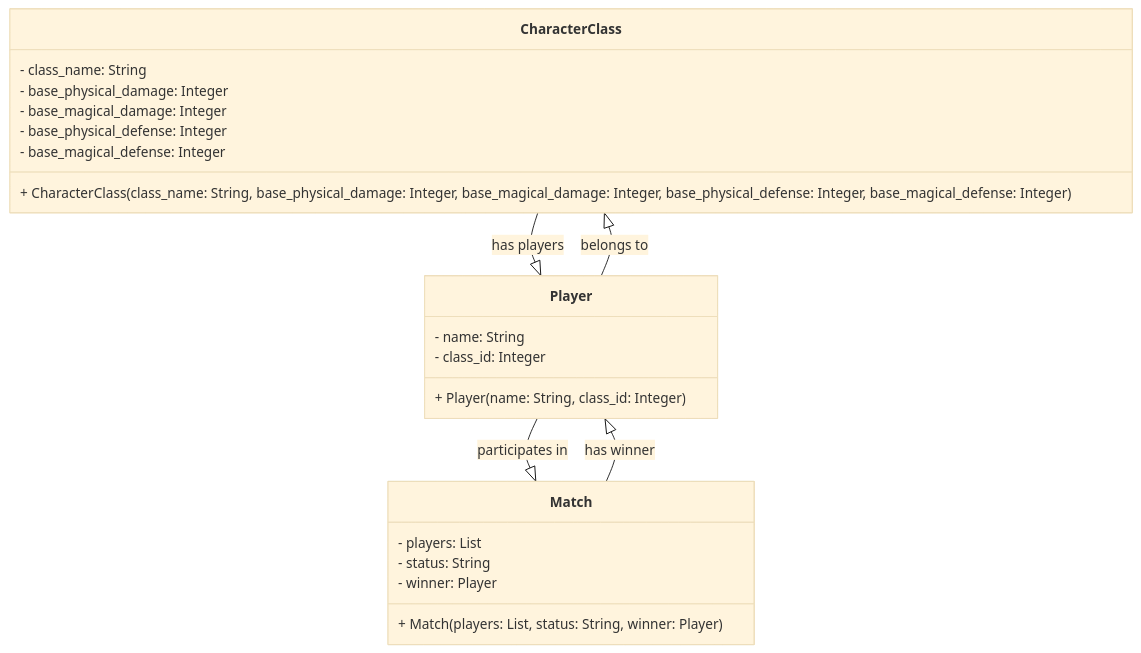
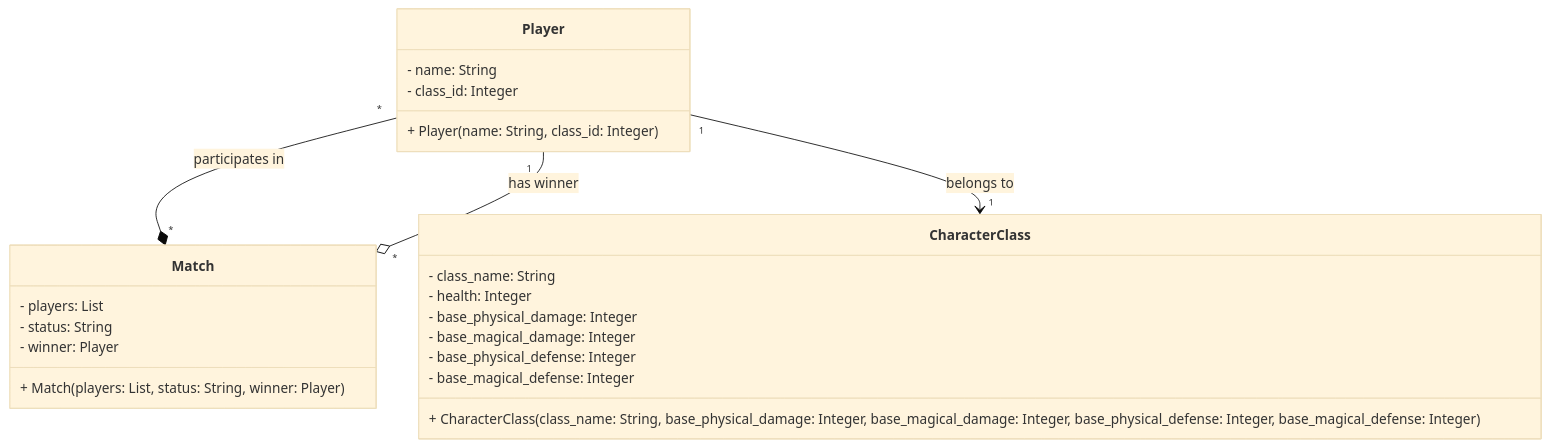
One commit to wsbittencourt/java-lab-dio-santander changed the diagram in README.md. Above: the diagram before and after it, drawn with Mermaid (base theme).

````diff
--- a/README.md
+++ b/README.md
@@ -7,29 +7,29 @@
 ```mermaid
 classDiagram
   class CharacterClass {
     - class_name: String
+    - health: Integer
     - base_physical_damage: Integer
     - base_magical_damage: Integer
     - base_physical_defense: Integer
     - base_magical_defense: Integer
     + CharacterClass(class_name: String, base_physical_damage: Integer, base_magical_damage: Integer, base_physical_defense: Integer, base_magical_defense: Integer)
   }
 
   class Player {
     - name: String
     - class_id: Integer
     + Player(name: String, class_id: Integer)
   }
 
   class Match {
     - players: List<Player>
     - status: String
     - winner: Player
     + Match(players: List<Player>, status: String, winner: Player)
   }
 
-  Player --|> Match : participates in
-  Match --|> Player : has winner
-  Player --|> CharacterClass : belongs to
-  CharacterClass --|> Player : has players
+  Player "*" --* "*" Match : participates in
+  Match "*" o-- "1" Player : has winner
+  Player "1" --> "1" CharacterClass : belongs to
 ```
````
